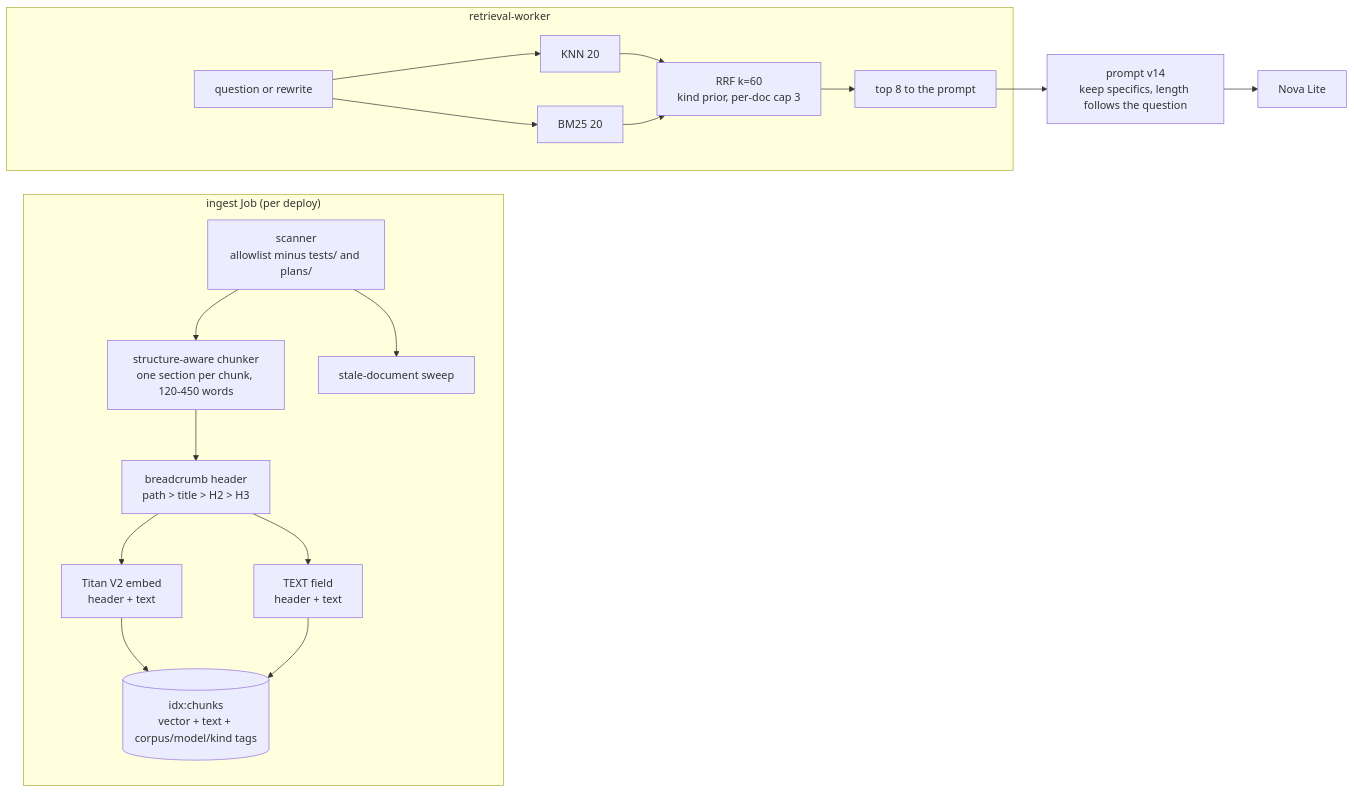
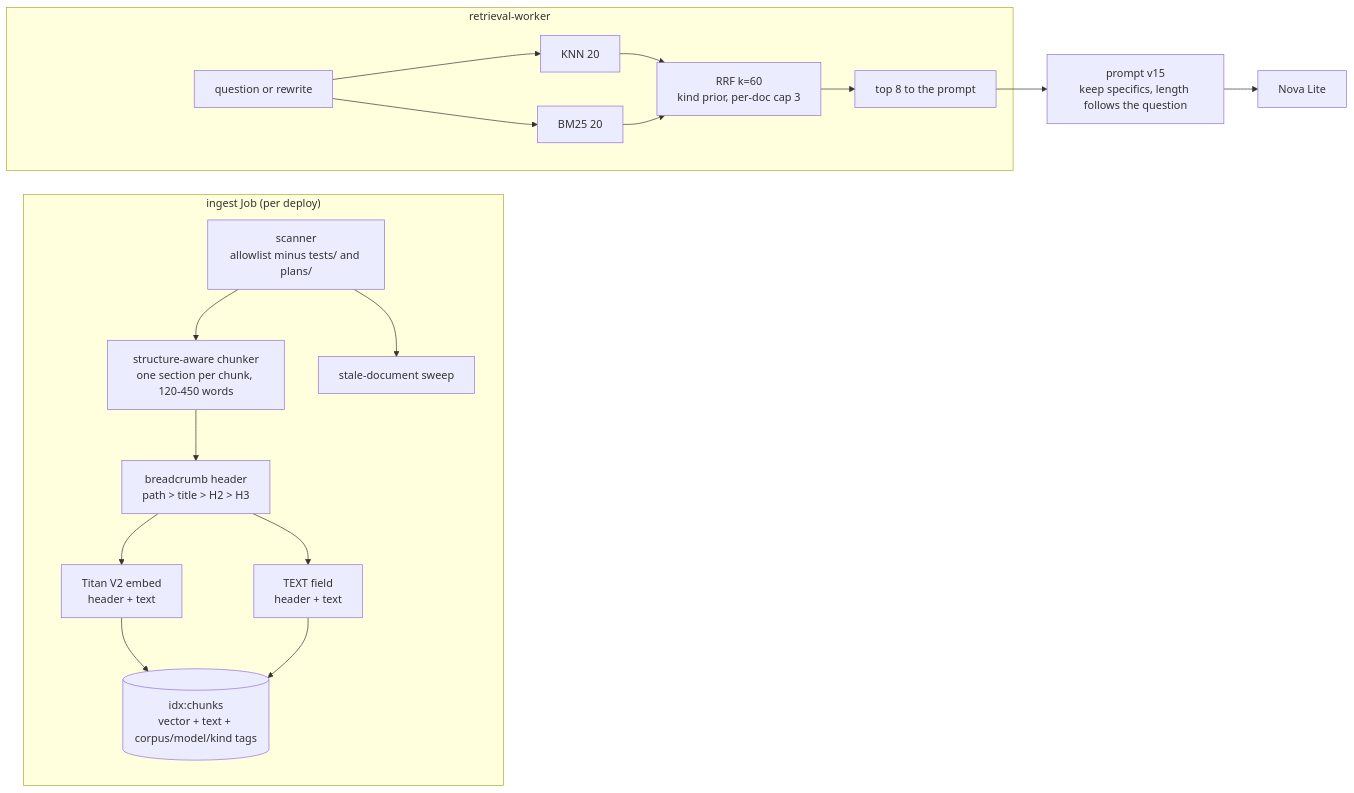
Before and after one commit to hacka-tron/basel.engineering: the diagram in docs/DESIGN-005-rag-quality.md, drawn with Mermaid. The commit also changed other lines of this file and 11 other files, not shown here.

````diff
--- a/docs/DESIGN-005-rag-quality.md
+++ b/docs/DESIGN-005-rag-quality.md
@@ -107,21 +108,21 @@
 ```mermaid
 flowchart LR
     subgraph Ingest["ingest Job (per deploy)"]
         S[scanner<br/>allowlist minus tests/ and plans/] --> C[structure-aware chunker<br/>one section per chunk, 120-450 words]
         C --> H[breadcrumb header<br/>path > title > H2 > H3]
         H --> E[Titan V2 embed<br/>header + text]
         H --> T[TEXT field<br/>header + text]
         E --> IDX[(idx:chunks<br/>vector + text + corpus/model/kind tags)]
         T --> IDX
         S --> SW[stale-document sweep]
     end
     subgraph Ask["retrieval-worker"]
         Q[question or rewrite] --> KNN[KNN 20]
         Q --> BM[BM25 20]
         KNN --> F[RRF k=60<br/>kind prior, per-doc cap 3]
         BM --> F
         F --> TOP[top 8 to the prompt]
     end
-    TOP --> P[prompt v14<br/>keep specifics, length follows the question]
+    TOP --> P[prompt v15<br/>keep specifics, length follows the question]
     P --> LLM[Nova Lite]
 ```
````
